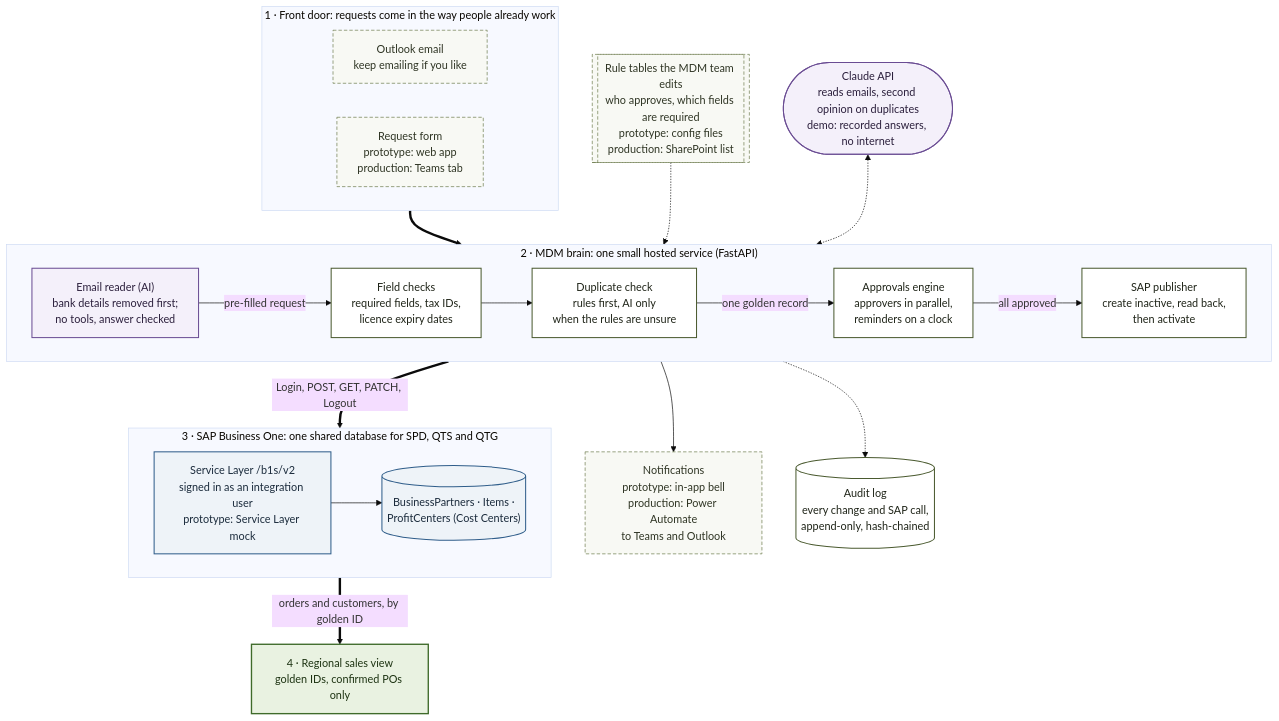
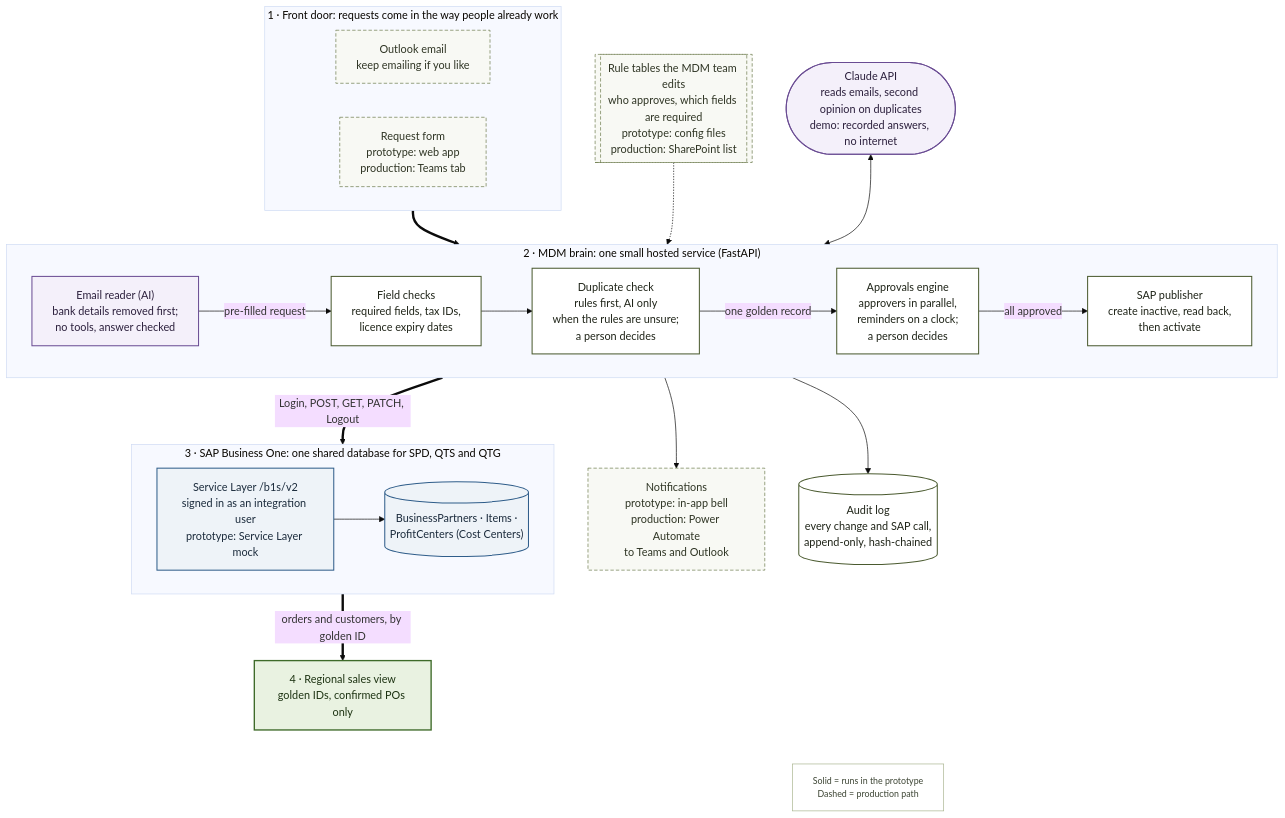
The first of 2 diagrams in README.md (ihsankoolz/data-competition-2026), drawn with Mermaid (base theme) before and after one commit. The commit also changed other lines of this file and 5 other files, not shown here.

Commit message:
docs: architecture legend, solid audit/AI arrows, 'a person decides'; sequence labels clear of lifelines; PNGs at scale 2

````diff
--- a/README.md
+++ b/README.md
@@ -57,51 +57,57 @@
 ```mermaid
 flowchart TB
     subgraph DOOR["1 · Front door: requests come in the way people already work"]
         direction LR
         EMAIL["Outlook email<br/>keep emailing if you like"]
         FORM["Request form<br/>prototype: web app<br/>production: Teams tab"]
     end
 
     RULES[["Rule tables the MDM team edits<br/>who approves, which fields are required<br/>prototype: config files<br/>production: SharePoint list"]]
     LLM(["Claude API<br/>reads emails, second opinion on duplicates<br/>demo: recorded answers, no internet"])
 
     subgraph BRAIN["2 · MDM brain: one small hosted service (FastAPI)"]
         direction LR
         INT["Email reader (AI)<br/>bank details removed first;<br/>no tools, answer checked"]
         CHECK["Field checks<br/>required fields, tax IDs,<br/>licence expiry dates"]
-        DUP["Duplicate check<br/>rules first, AI only<br/>when the rules are unsure"]
-        WF["Approvals engine<br/>approvers in parallel,<br/>reminders on a clock"]
+        DUP["Duplicate check<br/>rules first, AI only<br/>when the rules are unsure;<br/>a person decides"]
+        WF["Approvals engine<br/>approvers in parallel,<br/>reminders on a clock;<br/>a person decides"]
         PUB["SAP publisher<br/>create inactive, read back,<br/>then activate"]
         INT -->|pre-filled request| CHECK --> DUP -->|one golden record| WF -->|all approved| PUB
     end
 
     subgraph B1["3 · SAP Business One: one shared database for SPD, QTS and QTG"]
         direction LR
         SL["Service Layer /b1s/v2<br/>signed in as an integration user<br/>prototype: Service Layer mock"]
         DB[("BusinessPartners · Items ·<br/>ProfitCenters (Cost Centers)")]
         SL --> DB
     end
 
     NOTE["Notifications<br/>prototype: in-app bell<br/>production: Power Automate<br/>to Teams and Outlook"]
     AUD[("Audit log<br/>every change and SAP call,<br/>append-only, hash-chained")]
     RV["4 · Regional sales view<br/>golden IDs, confirmed POs only"]
 
     DOOR ==> BRAIN
     RULES -.-> BRAIN
-    LLM <-.-> BRAIN
+    LLM <--> BRAIN
     BRAIN ==>|"Login, POST, GET, PATCH, Logout"| B1
     BRAIN --> NOTE
-    BRAIN -.-> AUD
+    BRAIN --> AUD
     B1 ==>|orders and customers, by golden ID| RV
+    LEGEND["Solid = runs in the prototype<br/>Dashed = production path"]
+    LGAP[ ]
+    AUD ~~~ LGAP ~~~ LEGEND
 
     classDef prod fill:#f8f9f4,stroke:#6b7a4b,stroke-width:1px,stroke-dasharray:5 3,color:#2f3524
     classDef core fill:#ffffff,stroke:#4a5a2f,stroke-width:1.5px,color:#1f2418
     classDef ai fill:#f4f0fa,stroke:#6a4c93,stroke-width:1.5px,color:#2b1f3c
     classDef sap fill:#eef3f8,stroke:#2f5d8a,stroke-width:1.5px,color:#1b2b3c
     classDef out fill:#e9f2e1,stroke:#3f6b2a,stroke-width:2px,color:#1d3312
     class EMAIL,FORM,RULES,NOTE prod
     class CHECK,DUP,WF,PUB,AUD core
     class INT,LLM ai
     class SL,DB sap
     class RV out
+    classDef legend fill:#ffffff,stroke:#a9b48f,stroke-width:1px,color:#3c4433,font-size:13px
+    class LEGEND legend
+    style LGAP fill:none,stroke:none
 ```
````
